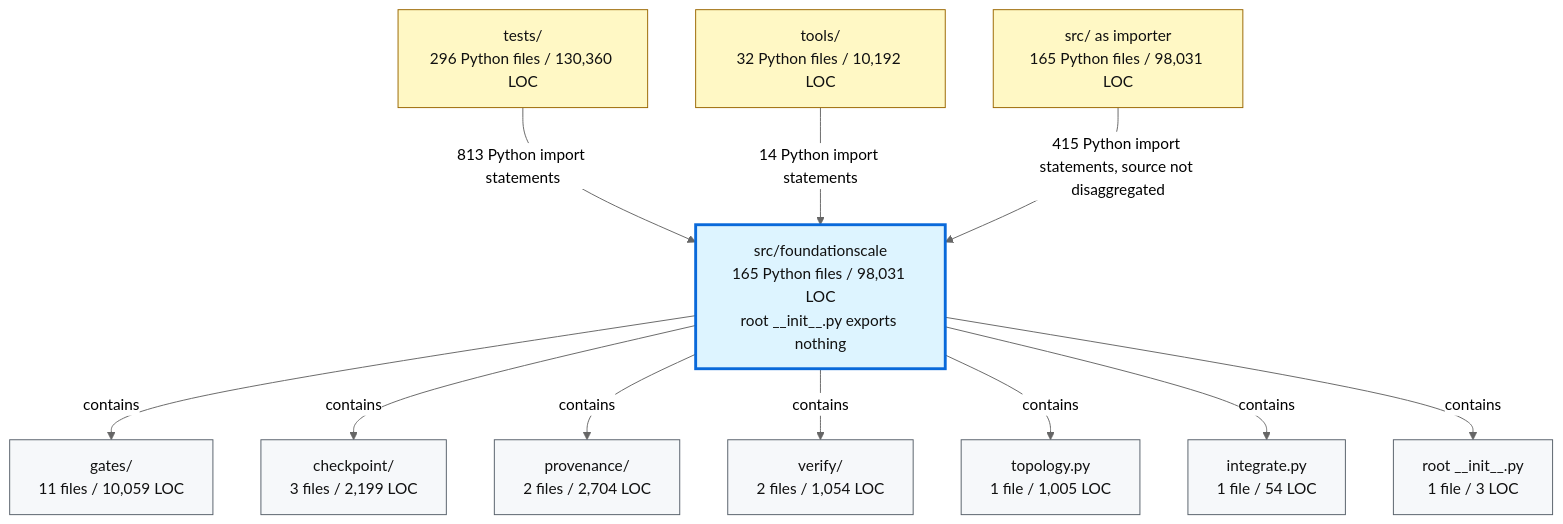
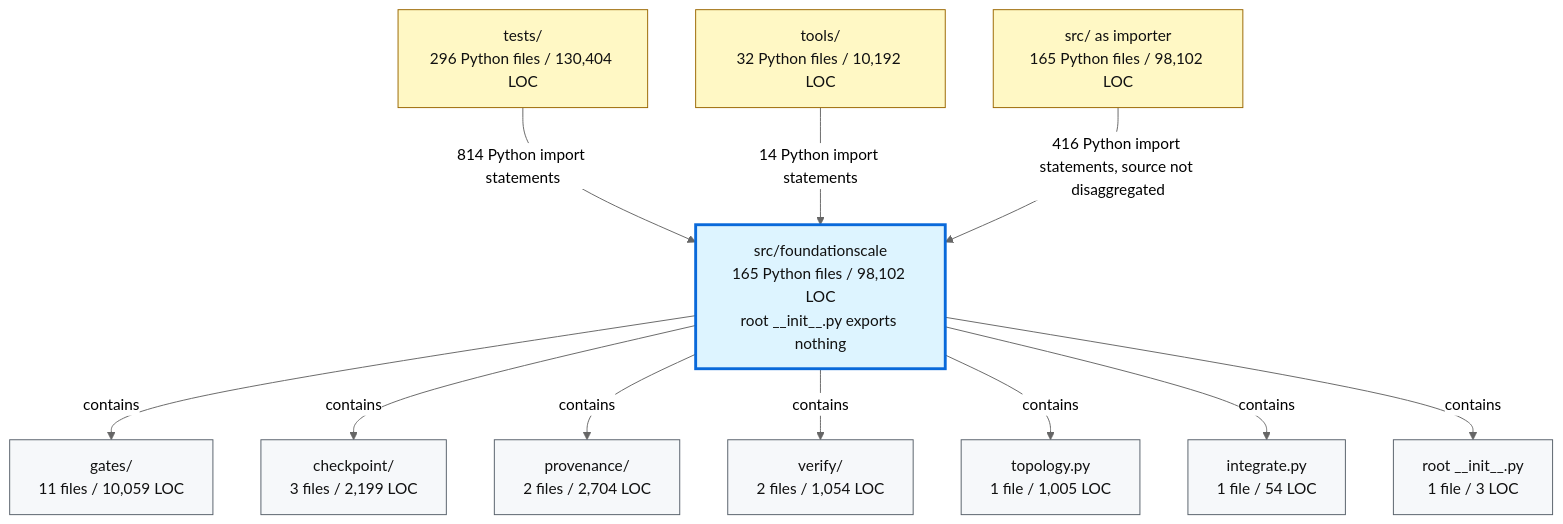
Before and after one commit to TranNhiem/FoundationScale: the second of 2 diagrams in docs/review/D2_current_architecture.md, drawn with Mermaid (neutral theme). The commit also changed other lines of this file and 10 other files, not shown here.

````diff
--- a/docs/review/D2_current_architecture.md
+++ b/docs/review/D2_current_architecture.md
@@ -97,36 +97,36 @@
 ```mermaid
 flowchart TB
-  TESTS["tests/<br/>296 Python files / 130,360 LOC"]
+  TESTS["tests/<br/>296 Python files / 130,404 LOC"]
   TOOLS["tools/<br/>32 Python files / 10,192 LOC"]
-  SRC["src/ as importer<br/>165 Python files / 98,031 LOC"]
+  SRC["src/ as importer<br/>165 Python files / 98,102 LOC"]
 
-  FS["src/foundationscale<br/>165 Python files / 98,031 LOC<br/>root __init__.py exports nothing"]
+  FS["src/foundationscale<br/>165 Python files / 98,102 LOC<br/>root __init__.py exports nothing"]
 
   GATES["gates/<br/>11 files / 10,059 LOC"]
   CKPT["checkpoint/<br/>3 files / 2,199 LOC"]
   PROV["provenance/<br/>2 files / 2,704 LOC"]
   VERIFY["verify/<br/>2 files / 1,054 LOC"]
   TOPO["topology.py<br/>1 file / 1,005 LOC"]
   INTEG["integrate.py<br/>1 file / 54 LOC"]
   ROOT["root __init__.py<br/>1 file / 3 LOC"]
 
-  TESTS -->|"813 Python import statements"| FS
+  TESTS -->|"814 Python import statements"| FS
   TOOLS -->|"14 Python import statements"| FS
-  SRC -->|"415 Python import statements, source not disaggregated"| FS
+  SRC -->|"416 Python import statements, source not disaggregated"| FS
 
   FS -->|"contains"| GATES
   FS -->|"contains"| CKPT
   FS -->|"contains"| PROV
   FS -->|"contains"| VERIFY
   FS -->|"contains"| TOPO
   FS -->|"contains"| INTEG
   FS -->|"contains"| ROOT
 
   classDef consumer fill:#fff8c5,stroke:#9a6700,color:#111;
   classDef package fill:#ddf4ff,stroke:#0969da,stroke-width:3px,color:#111;
   classDef module fill:#f6f8fa,stroke:#57606a,color:#111;
 
   class TESTS,TOOLS,SRC consumer;
   class FS package;
   class GATES,CKPT,PROV,VERIFY,TOPO,INTEG,ROOT module;
 ```
````
